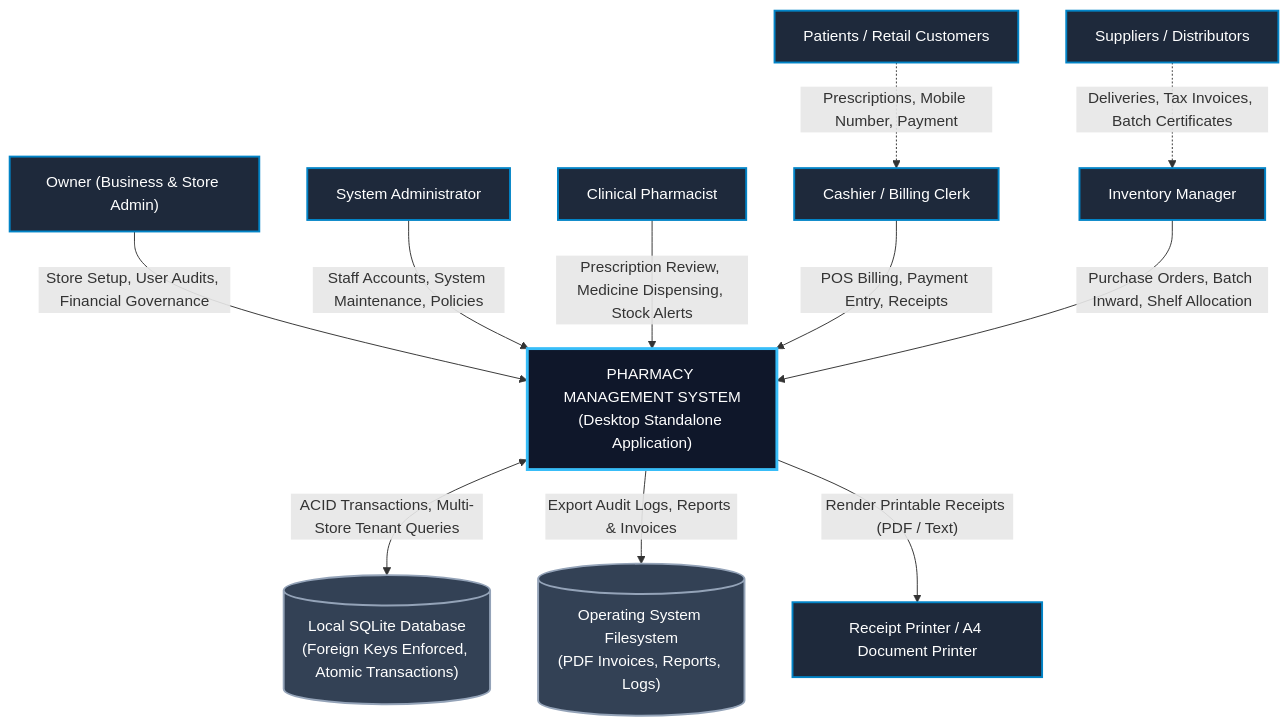
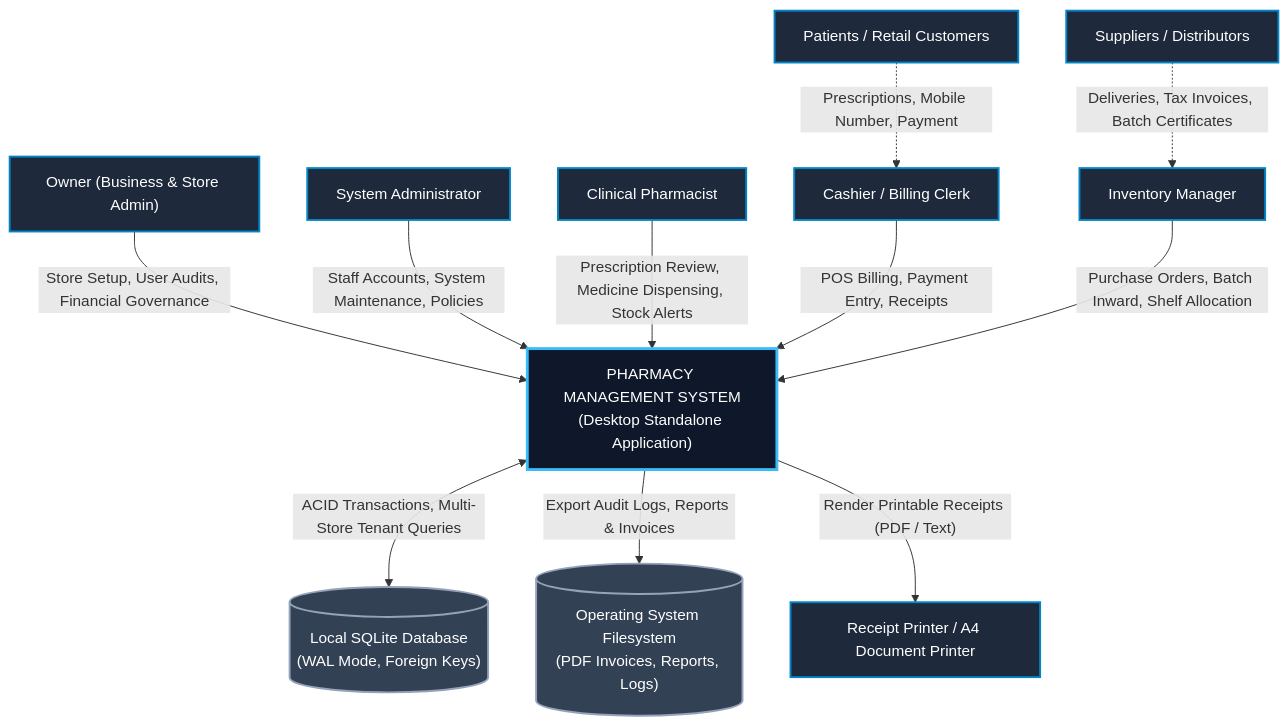
The first of 20 diagrams in docs/SRS_Pharmacy_Management_System.md (priyanshupokhariya5-crypto/Pharmacy-Management-System), drawn with Mermaid before and after one commit. The commit also changed other lines of this file and 4 other files, not shown here.

````diff
--- a/docs/SRS_Pharmacy_Management_System.md
+++ b/docs/SRS_Pharmacy_Management_System.md
@@ -364,32 +427,32 @@
 ```mermaid
 graph TD
     classDef actor fill:#1e293b,stroke:#0284c7,stroke-width:2px,color:#ffffff;
     classDef system fill:#0f172a,stroke:#38bdf8,stroke-width:3px,color:#ffffff;
     classDef storage fill:#334155,stroke:#94a3b8,stroke-width:2px,color:#ffffff;
 
     Owner["Owner (Business & Store Admin)"]:::actor
     Admin["System Administrator"]:::actor
     Pharmacist["Clinical Pharmacist"]:::actor
     Cashier["Cashier / Billing Clerk"]:::actor
     InvMgr["Inventory Manager"]:::actor
     Supplier["Suppliers / Distributors"]:::actor
     Customer["Patients / Retail Customers"]:::actor
 
     PMS["PHARMACY MANAGEMENT SYSTEM<br/>(Desktop Standalone Application)"]:::system
 
-    SQLite[("Local SQLite Database<br/>(Foreign Keys Enforced, Atomic Transactions)")]:::storage
+    SQLite[("Local SQLite Database<br/>(WAL Mode, Foreign Keys)")]:::storage
     FileSystem[("Operating System Filesystem<br/>(PDF Invoices, Reports, Logs)")]:::storage
     Printer["Receipt Printer / A4 Document Printer"]:::actor
 
     Owner -->|"Store Setup, User Audits, Financial Governance"| PMS
     Admin -->|"Staff Accounts, System Maintenance, Policies"| PMS
     Pharmacist -->|"Prescription Review, Medicine Dispensing, Stock Alerts"| PMS
     Cashier -->|"POS Billing, Payment Entry, Receipts"| PMS
     InvMgr -->|"Purchase Orders, Batch Inward, Shelf Allocation"| PMS
     Supplier -.->|"Deliveries, Tax Invoices, Batch Certificates"| InvMgr
     Customer -.->|"Prescriptions, Mobile Number, Payment"| Cashier
 
     PMS <-->|"ACID Transactions, Multi-Store Tenant Queries"| SQLite
     PMS -->|"Export Audit Logs, Reports & Invoices"| FileSystem
     PMS -->|"Render Printable Receipts (PDF / Text)"| Printer
 ```
````
